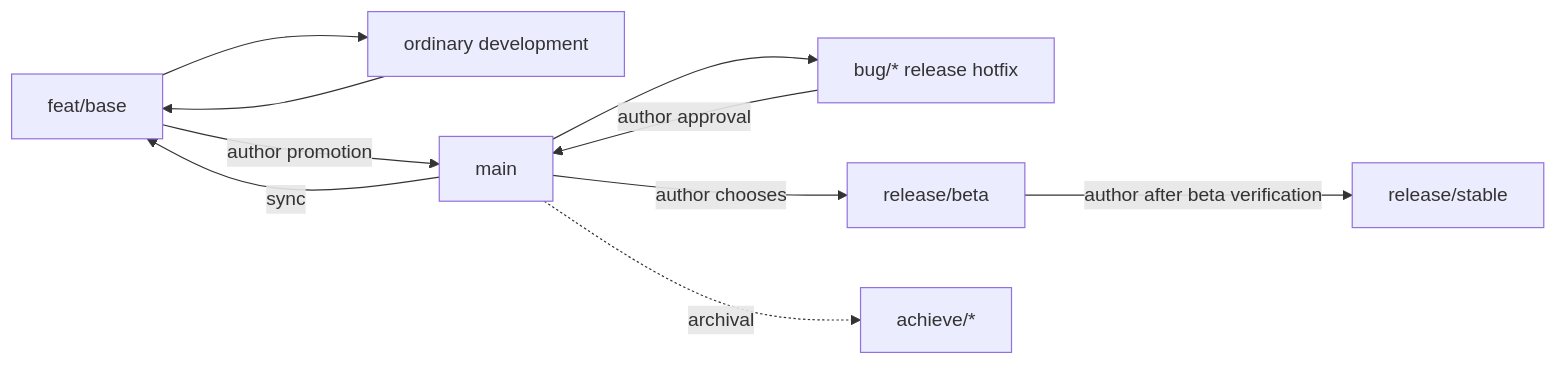
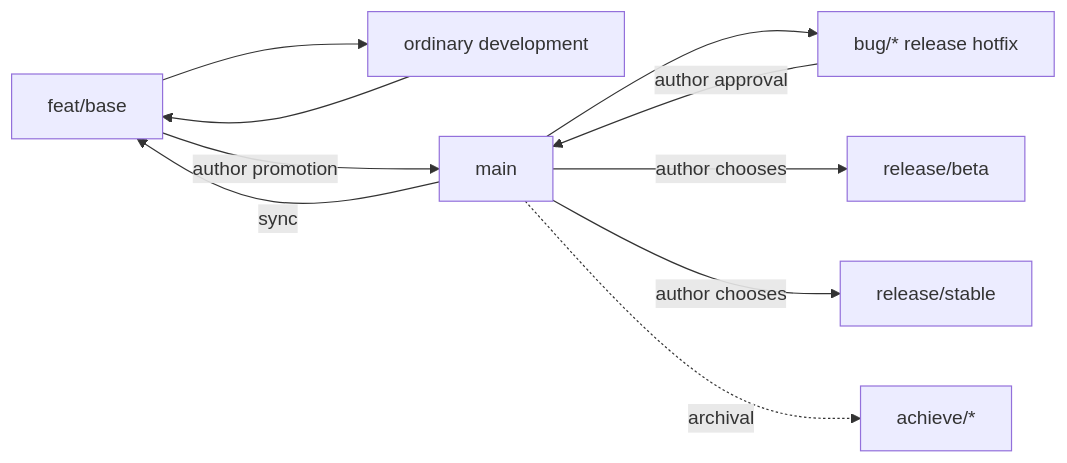
The diagram in CONTRIBUTING.md (MashiroKai/Nebflow), drawn with Mermaid before and after one commit. The commit also changed other lines of this file and 4 other files, not shown here.

````diff
--- a/CONTRIBUTING.md
+++ b/CONTRIBUTING.md
@@ -105,12 +105,12 @@
 ```mermaid
 flowchart LR
   BASE[feat/base] --> F[ordinary development]
   F --> BASE
   BASE -->|author promotion| M[main]
   M -->|sync| BASE
   M --> B[bug/* release hotfix]
   B -->|author approval| M
   M -->|author chooses| RB[release/beta]
-  RB -->|author after beta verification| RS[release/stable]
+  M -->|author chooses| RS[release/stable]
   M -. archival .-> A[achieve/*]
 ```
````
